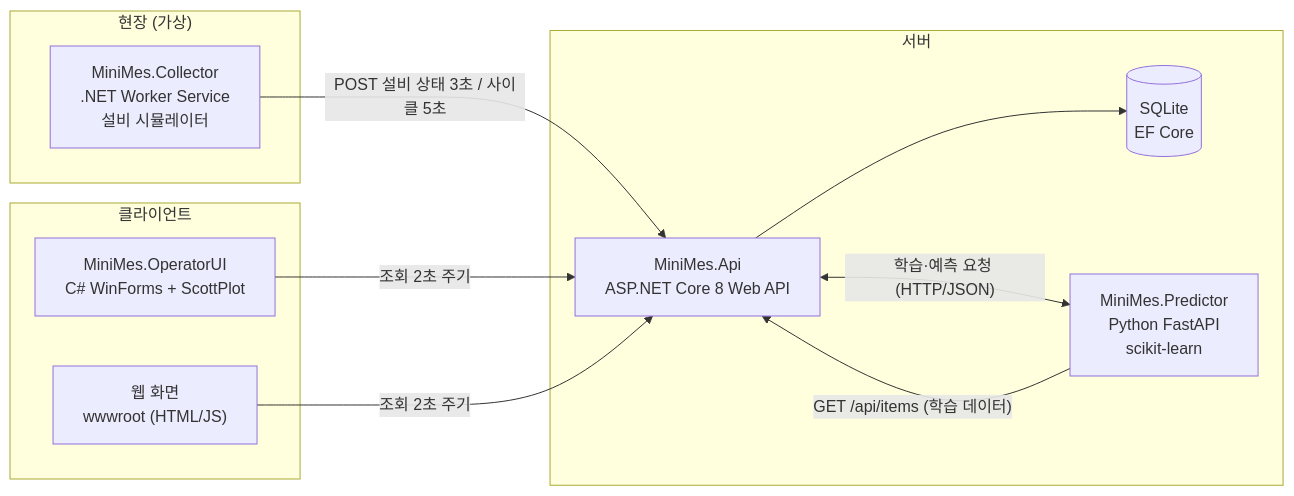
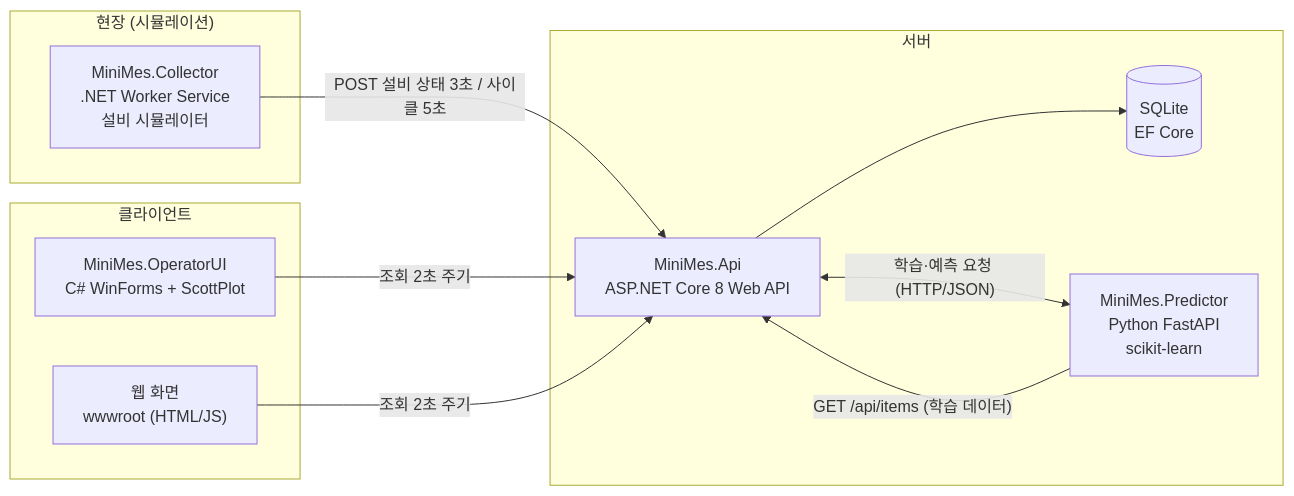
The first of 4 diagrams in docs/architecture.md (weaseleyegun/MiniMes), drawn with Mermaid before and after one commit. The commit also changed other lines of this file and 1 other file, not shown here.

Commit message:
README/설계서 문구 수정: 가상 프로젝트 표현을 생성 데이터 설명으로 변경
- 실제 공정 데이터는 공개할 수 없어 데이터를 직접 생성했다고 명시
- 현장에서 겪은 문제를 .NET 스택으로 새로 구현한 프로젝트로 소개
- 생성 데이터 검증의 한계(로직 검증 용도)를 함께 명시

````diff
--- a/docs/architecture.md
+++ b/docs/architecture.md
@@ -24,24 +24,24 @@
 ```mermaid
 flowchart LR
-    subgraph Field["현장 (가상)"]
+    subgraph Field["현장 (시뮬레이션)"]
         SIM["MiniMes.Collector<br/>.NET Worker Service<br/>설비 시뮬레이터"]
     end
 
     subgraph Server["서버"]
         API["MiniMes.Api<br/>ASP.NET Core 8 Web API"]
         DB[("SQLite<br/>EF Core")]
         PRED["MiniMes.Predictor<br/>Python FastAPI<br/>scikit-learn"]
     end
 
     subgraph Client["클라이언트"]
         WIN["MiniMes.OperatorUI<br/>C# WinForms + ScottPlot"]
         WEB["웹 화면<br/>wwwroot (HTML/JS)"]
     end
 
     SIM -- "POST 설비 상태 3초 / 사이클 5초" --> API
     API --> DB
     API <-- "학습·예측 요청 (HTTP/JSON)" --> PRED
     PRED -- "GET /api/items (학습 데이터)" --> API
     WIN -- "조회 2초 주기" --> API
     WEB -- "조회 2초 주기" --> API
 ```
````
